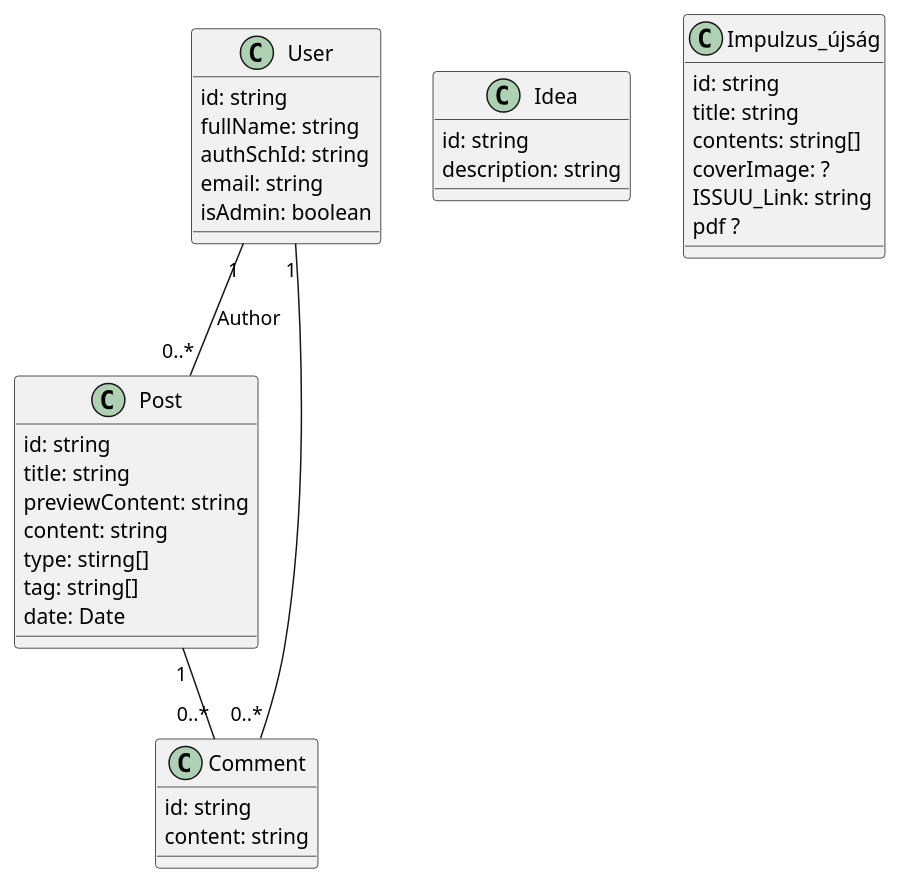
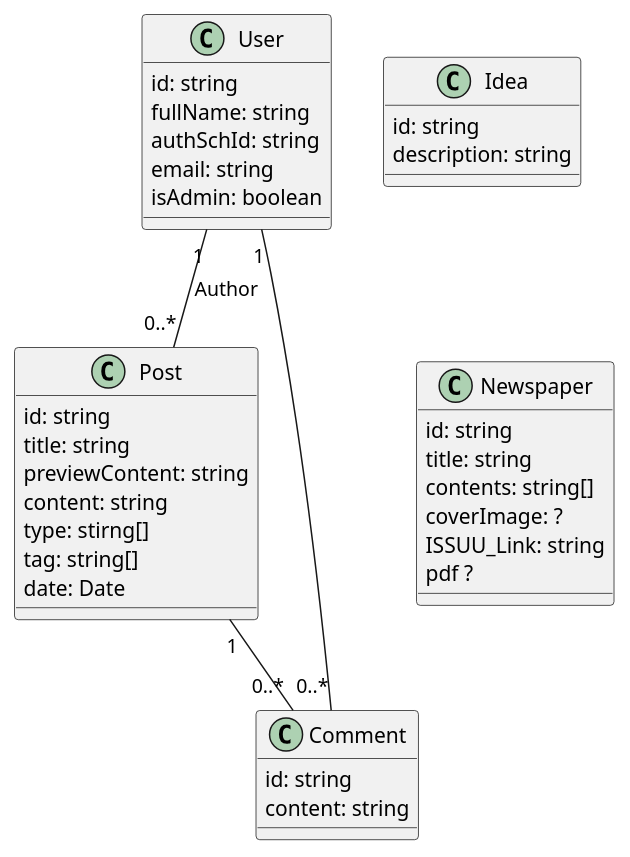
One commit to kir-dev/impulzus changed the diagram in docs/class-diagram.puml. Above: the diagram before and after it, drawn with PlantUML.

```diff
--- a/docs/class-diagram.puml
+++ b/docs/class-diagram.puml
@@ -1,43 +1,44 @@
 @startuml impulzus
 
 class User {
     id: string
     fullName: string
     authSchId: string
     email: string
     isAdmin: boolean
 }
 class Post {
     id: string
     title: string
     previewContent: string
     content: string
     type: stirng[]
     tag: string[]
     date: Date
 }
 
 class Comment {
     id: string
     content: string
 }
 
 User "1" -- "0..*" Post: Author
 User "1" -- "0..*" Comment
 Post "1" -- "0..*" Comment
+Newspaper "1" -[hidden]- "0..*" Comment
 
 class Idea {
     id: string
     description: string
 }
 
-class Impulzus_újság {
+class Newspaper {
     id: string
     title: string
     contents: string[]
     coverImage: ?
     ISSUU_Link: string
     pdf ?
 }
 
 @enduml
```
